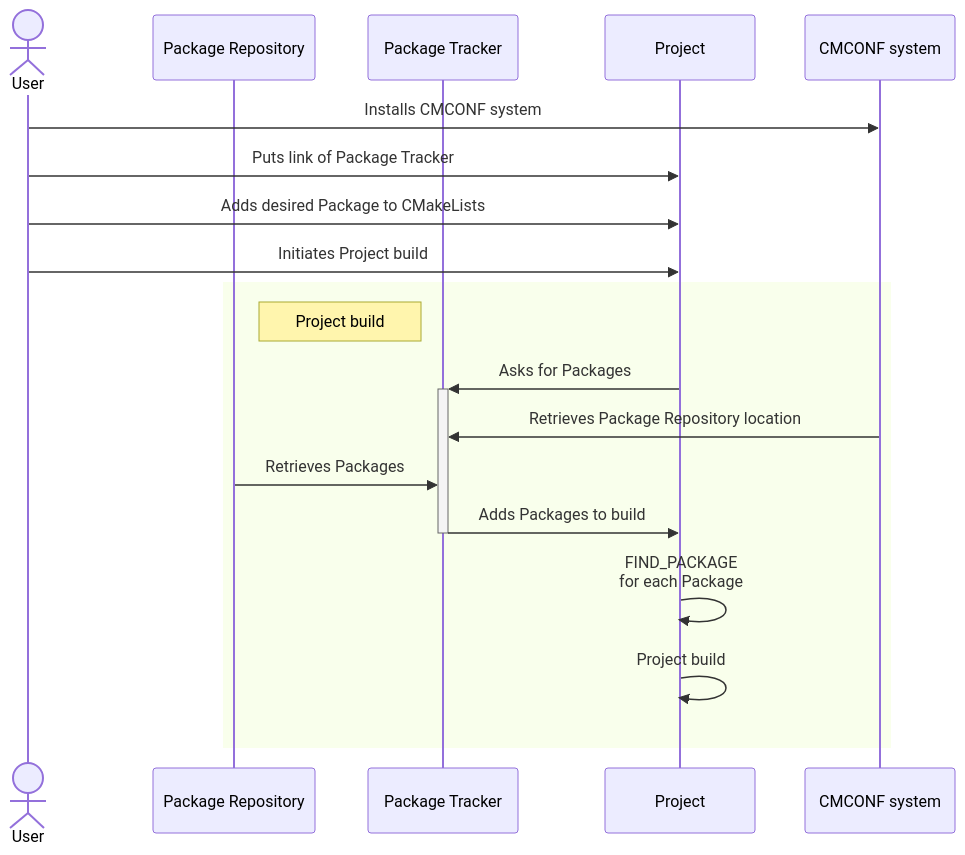
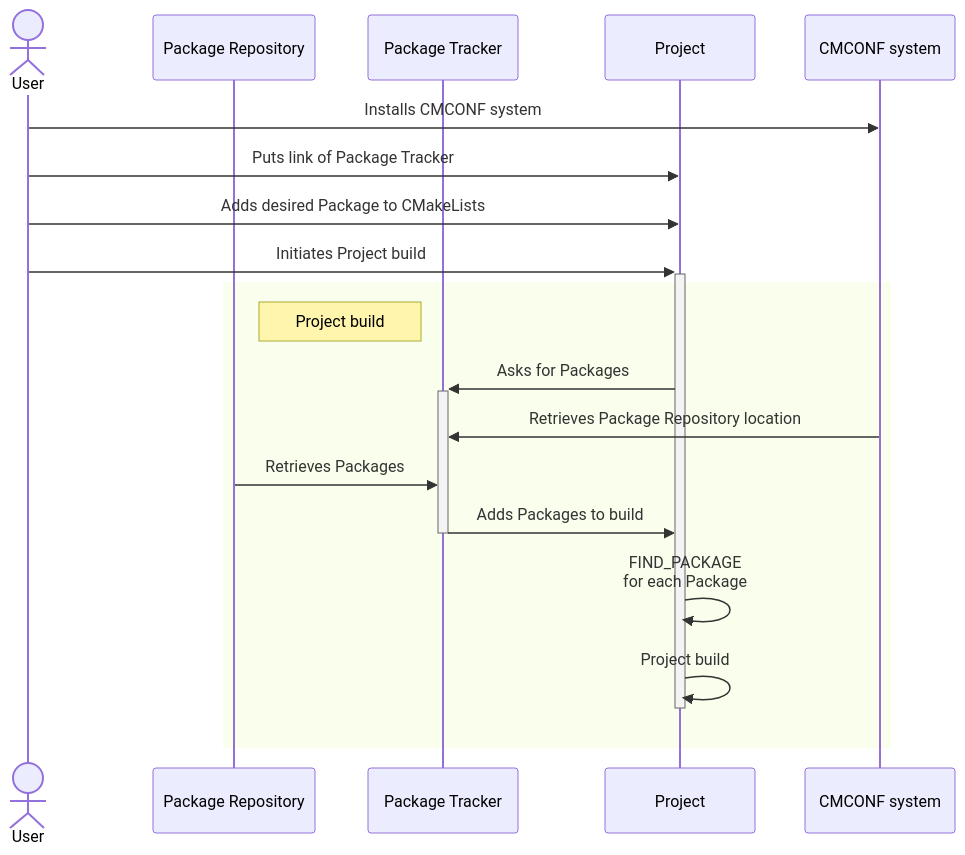
Before and after one commit to bacpack-system/bacpack-system.github.io: the fifth of 5 diagrams in docs/use_cases.md, drawn with Mermaid. The commit also changed other lines of this file and 2 other files, not shown here.

Commit message:
Many small improvements/clarifications

````diff
--- a/docs/use_cases.md
+++ b/docs/use_cases.md
@@ -96,22 +96,22 @@
 ```mermaid
 sequenceDiagram
   actor User
   participant Package Repository
   participant Package Tracker
   participant Project
   participant CMCONF system
 
   User->>CMCONF system: Installs CMCONF system
   User->>Project: Puts link of Package Tracker
   User->>Project: Adds desired Package to CMakeLists
-  User->>Project: Initiates Project build
+  User->>+Project: Initiates Project build
   rect
     Note right of Package Repository: Project build
     Project->>+Package Tracker: Asks for Packages
     CMCONF system->>Package Tracker: Retrieves Package Repository location
     Package Repository->>Package Tracker: Retrieves Packages
     Package Tracker->>-Project: Adds Packages to build
     Project->>Project: FIND_PACKAGE<br>for each Package
-    Project->>Project: Project build
+    Project->>-Project: Project build
   end
 ```
````
